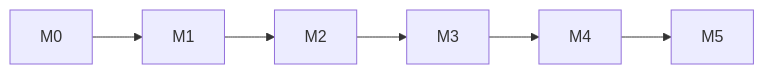
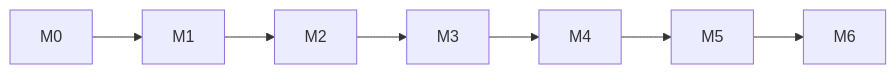
One commit to mferdinandr/inventory-management changed the diagram in docs/10-roadmap.md. Above: the diagram before and after it, drawn with Mermaid. The commit also changed other lines of this file, not shown here.

First line of the commit message:
docs: update roadmap with maintenance milestone and CSV import

````diff
--- a/docs/10-roadmap.md
+++ b/docs/10-roadmap.md
@@ -50,4 +61,4 @@
 ```mermaid
 flowchart LR
-    M0 --> M1 --> M2 --> M3 --> M4 --> M5
+    M0 --> M1 --> M2 --> M3 --> M4 --> M5 --> M6
 ```
````
